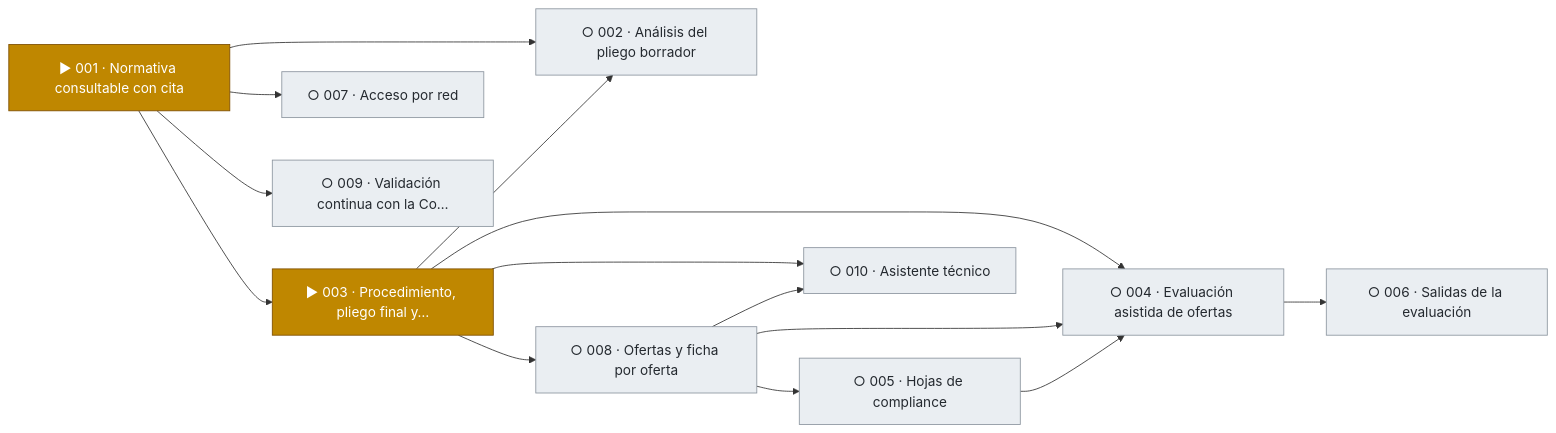
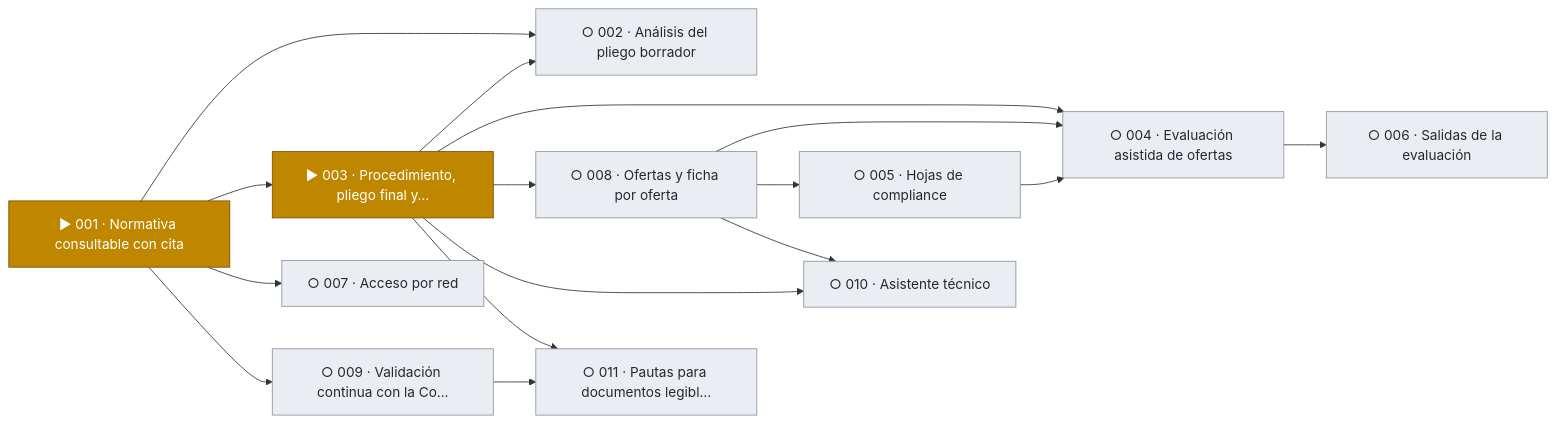
Before and after one commit to snavello/EVALUON: the first of 5 diagrams in docs/tablero.md, drawn with Mermaid. The commit also changed other lines of this file and 1 other file, not shown here.

Commit message:
gestión: feature 011 en la hoja de ruta (pautas para documentos legibles por IA)

````diff
--- a/docs/tablero.md
+++ b/docs/tablero.md
@@ -9,31 +9,34 @@
 ```mermaid
 flowchart LR
   F001["▶ 001 · Normativa consultable con cita"]:::active
   F002["○ 002 · Análisis del pliego borrador"]:::todo
   F003["▶ 003 · Procedimiento, pliego final y…"]:::active
   F004["○ 004 · Evaluación asistida de ofertas"]:::todo
   F005["○ 005 · Hojas de compliance"]:::todo
   F006["○ 006 · Salidas de la evaluación"]:::todo
   F007["○ 007 · Acceso por red"]:::todo
   F008["○ 008 · Ofertas y ficha por oferta"]:::todo
   F009["○ 009 · Validación continua con la Co…"]:::todo
   F010["○ 010 · Asistente técnico"]:::todo
+  F011["○ 011 · Pautas para documentos legibl…"]:::todo
   F001 --> F002
   F003 --> F002
   F001 --> F003
   F003 --> F004
   F008 --> F004
   F005 --> F004
   F008 --> F005
   F004 --> F006
   F001 --> F007
   F003 --> F008
   F001 --> F009
   F003 --> F010
   F008 --> F010
+  F003 --> F011
+  F009 --> F011
   classDef done fill:#1a7f37,stroke:#116329,color:#ffffff
   classDef review fill:#0969da,stroke:#0550ae,color:#ffffff
   classDef active fill:#bf8700,stroke:#7d4e00,color:#ffffff
   classDef blocked fill:#cf222e,stroke:#a40e26,color:#ffffff
   classDef todo fill:#eaeef2,stroke:#8c959f,color:#24292f
 ```
````
